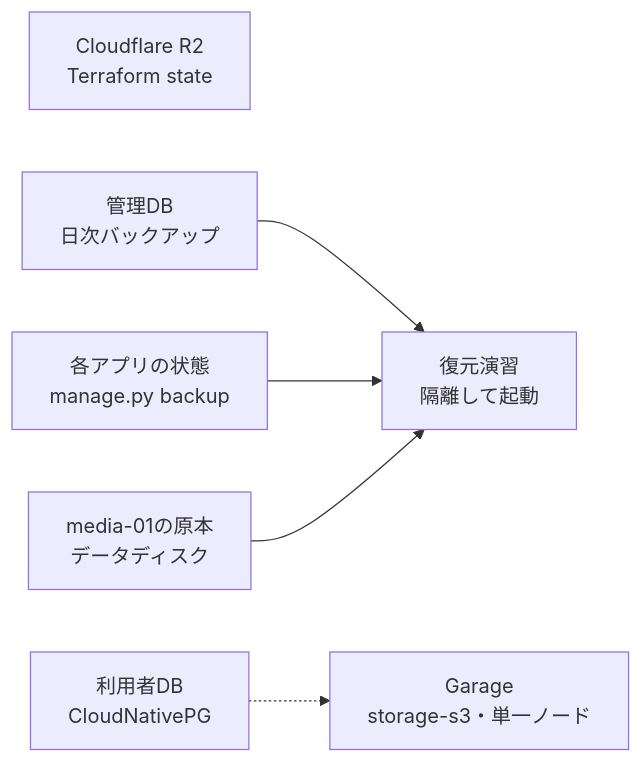
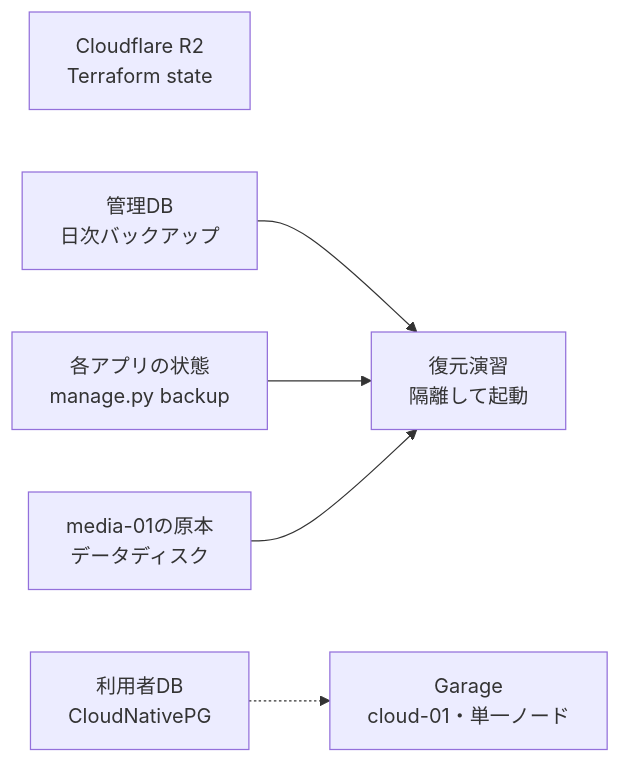
Diagram 12 of 14 in docs/architecture/overview.md (rurutheGeek/shake-cloud), drawn with Mermaid before and after one commit. The commit also changed other lines of this file and 67 other files, not shown here.

````diff
--- a/docs/architecture/overview.md
+++ b/docs/architecture/overview.md
@@ -467,15 +462,15 @@
 ```mermaid
 flowchart LR
-  garage["Garage<br/>storage-s3・単一ノード"]
+  garage["Garage<br/>cloud-01・単一ノード"]
   r2["Cloudflare R2<br/>Terraform state"]
   media["media-01の原本<br/>データディスク"]
   adb["管理DB<br/>日次バックアップ"]
   cnpg["利用者DB<br/>CloudNativePG"]
   appstate["各アプリの状態<br/>manage.py backup"]
   drill["復元演習<br/>隔離して起動"]
 
   adb --> drill
   appstate --> drill
   media --> drill
   cnpg -.-> garage
 ```
````
